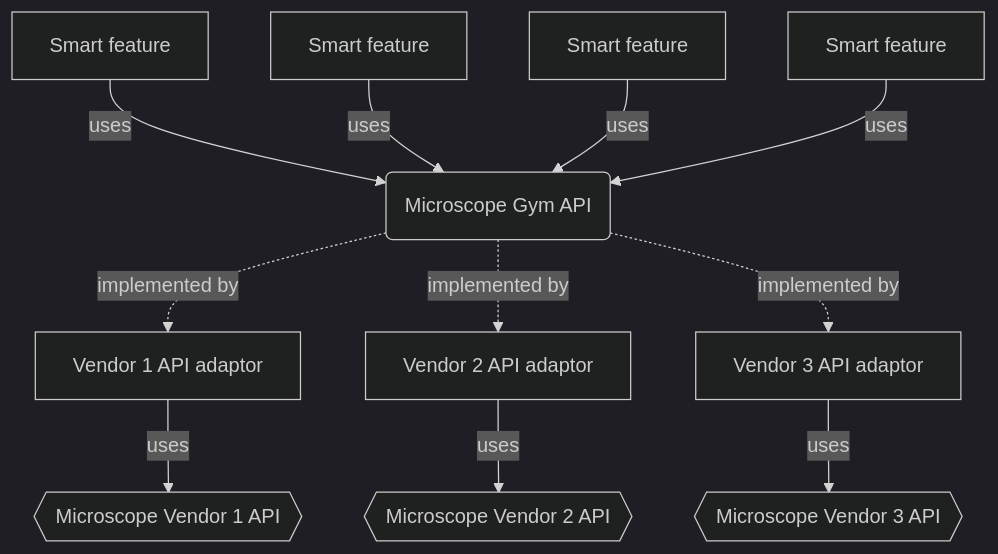
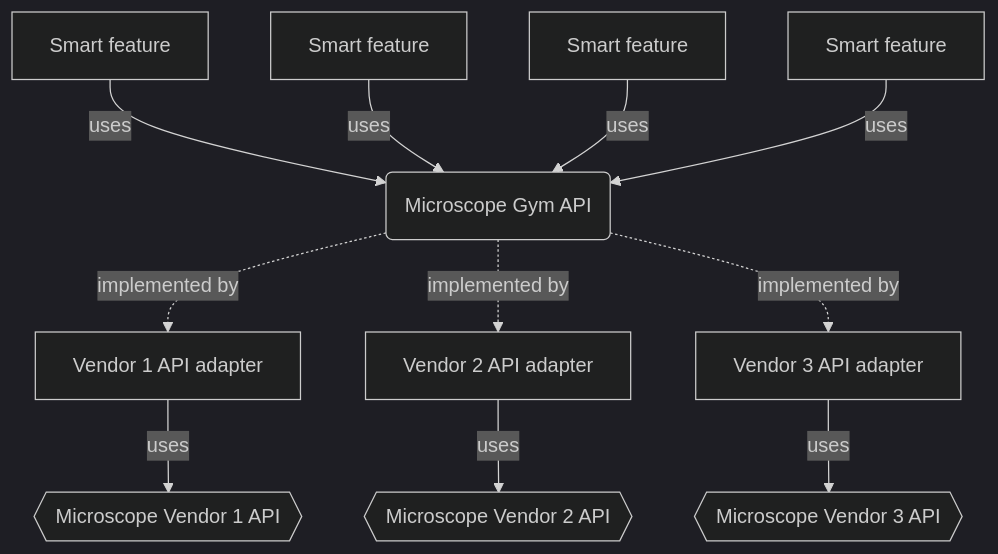
Before and after one commit to BiAPoL/microscope-gym: the diagram in README.md, drawn with Mermaid (dark theme).

````diff
--- a/README.md
+++ b/README.md
@@ -16,13 +16,13 @@
 ```mermaid
 flowchart TD
     A[Smart feature] --> |uses| B(Microscope Gym API)
     AA[Smart feature] --> |uses| B(Microscope Gym API)
     AAA[Smart feature] --> |uses| B(Microscope Gym API)
     AAAA[Smart feature] --> |uses| B(Microscope Gym API)
-    B -.-> |implemented by| C[Vendor 1 API adaptor]
-    B -.-> |implemented by| D[Vendor 2 API adaptor]
-    B -.-> |implemented by| E[Vendor 3 API adaptor]
+    B -.-> |implemented by| C[Vendor 1 API adapter]
+    B -.-> |implemented by| D[Vendor 2 API adapter]
+    B -.-> |implemented by| E[Vendor 3 API adapter]
     C --> |uses| F{{Microscope Vendor 1 API}}
     D --> |uses| G{{Microscope Vendor 2 API}}
     E --> |uses| H{{Microscope Vendor 3 API}}
 ```
````
